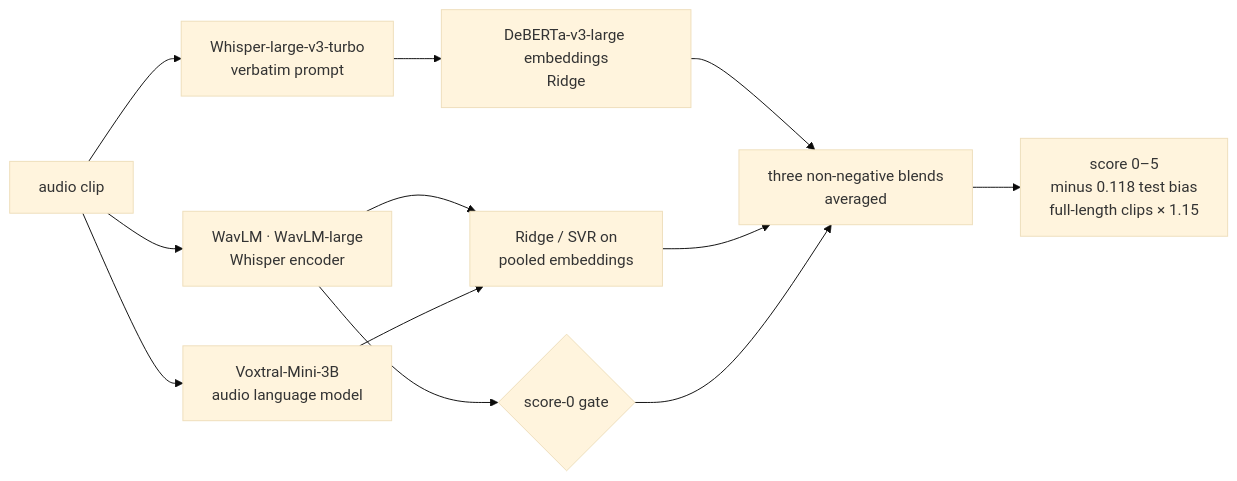
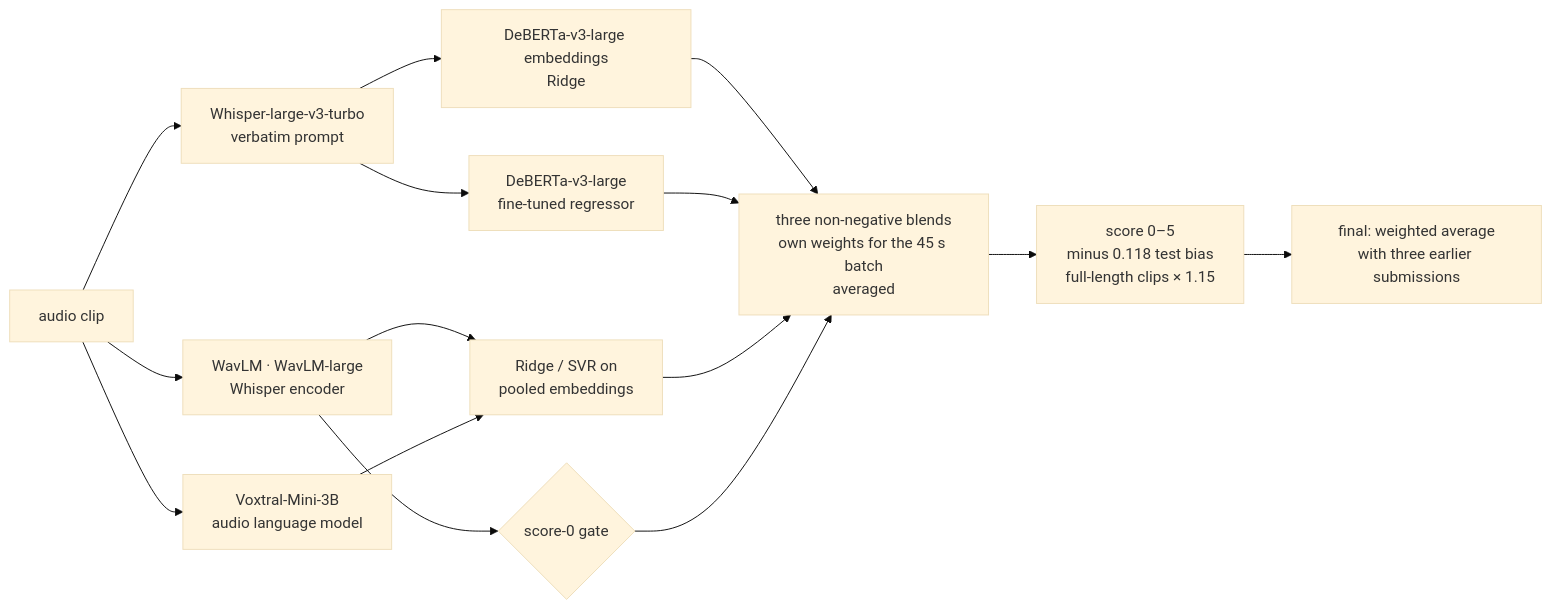
Before and after one commit to Techy-A/shl-grammar-scoring: the diagram in README.md, drawn with Mermaid (base theme). The commit also changed other lines of this file and 3 other files, not shown here.

Commit message:
Final model: fine-tuned DeBERTa-v3-large in each blend with own weights for the 45 s batch (public 0.3175), then a weighted average of four submissions (public 0.3158); notebook, README and report updated

````diff
--- a/README.md
+++ b/README.md
@@ -23,13 +24,15 @@
 ```mermaid
 flowchart LR
     A[audio clip] --> W[Whisper-large-v3-turbo<br/>verbatim prompt]
     A --> E[WavLM · WavLM-large<br/>Whisper encoder]
     W --> T2[DeBERTa-v3-large embeddings<br/>Ridge]
+    W --> FT[DeBERTa-v3-large<br/>fine-tuned regressor]
     A --> V[Voxtral-Mini-3B<br/>audio language model]
     E --> S[Ridge / SVR on<br/>pooled embeddings]
     V --> S
     E --> G{score-0 gate}
-    T2 & S --> B[three non-negative blends<br/>averaged]
+    T2 & FT & S --> B[three non-negative blends<br/>own weights for the 45 s batch<br/>averaged]
     G --> B
     B --> P[score 0–5<br/>minus 0.118 test bias<br/>full-length clips × 1.15]
+    P --> F[final: weighted average<br/>with three earlier submissions]
 ```
````
